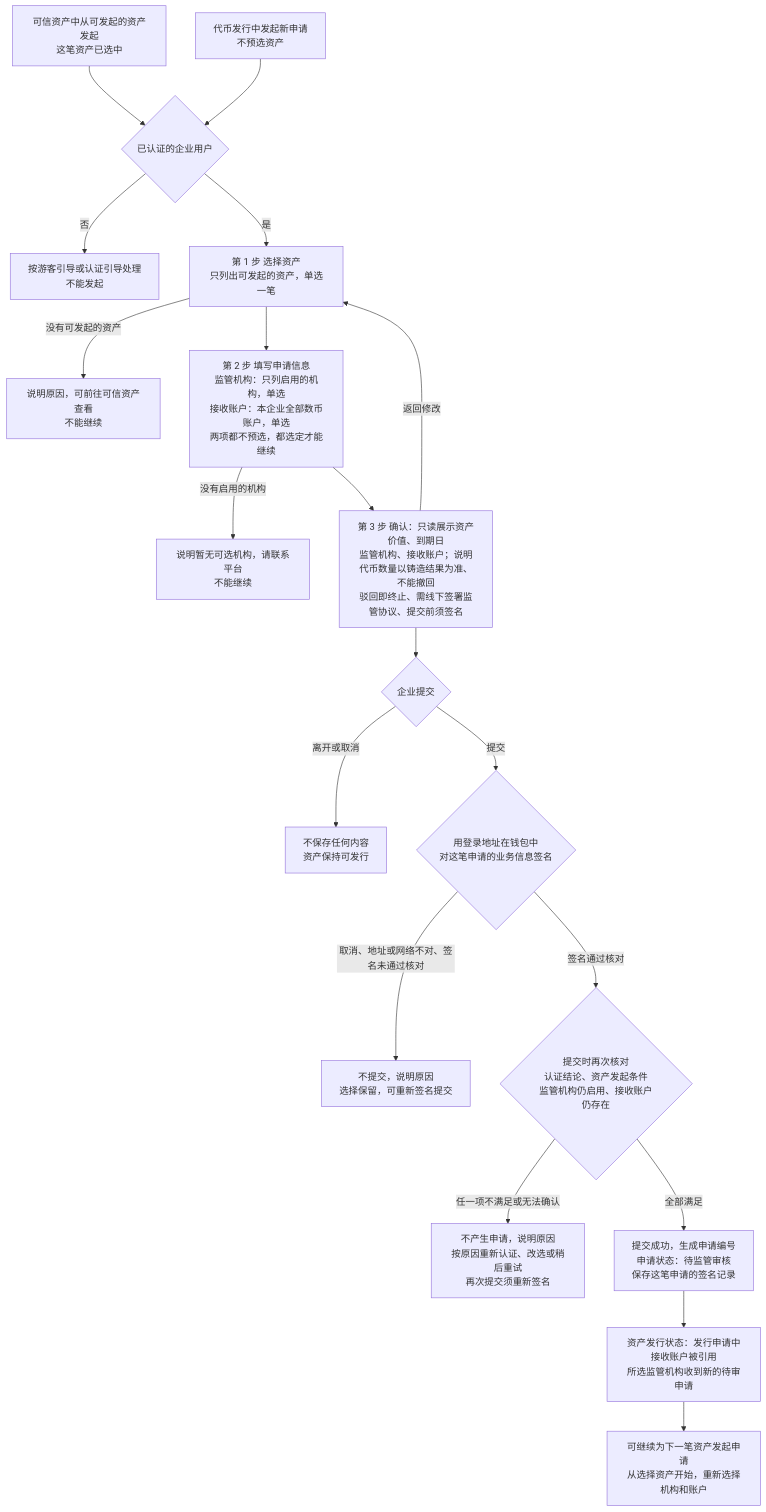
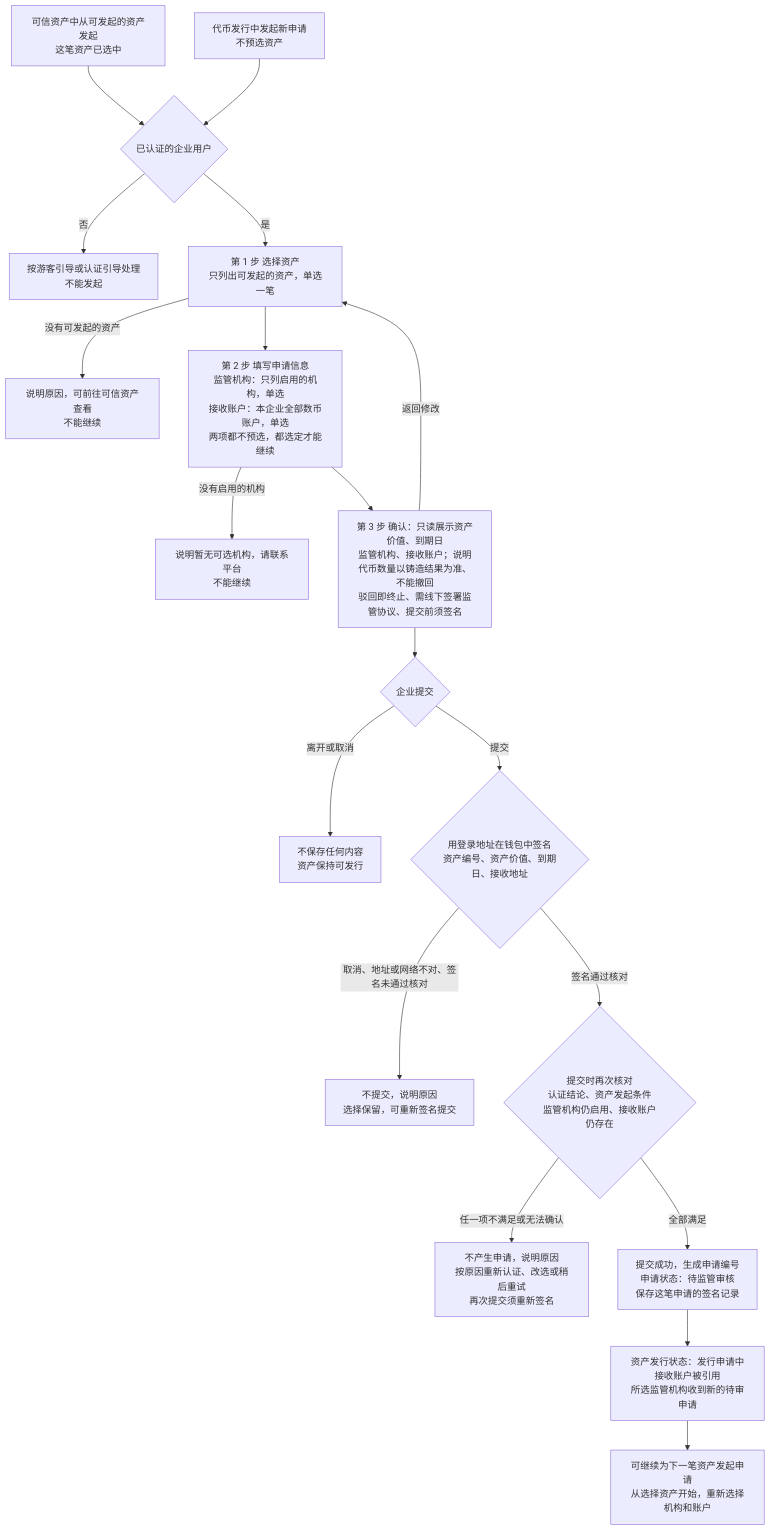
The first of 3 diagrams in token-issuance-platform/PRD/面客端/M3a-代币发行-企业申请/02-代币发行-企业申请-流程图与状态机.md (wxblockchain/Chain-Financing), drawn with Mermaid before and after one commit. The commit also changed 12 other files, not shown here.

````diff
--- a/token-issuance-platform/PRD/面客端/M3a-代币发行-企业申请/02-代币发行-企业申请-流程图与状态机.md
+++ b/token-issuance-platform/PRD/面客端/M3a-代币发行-企业申请/02-代币发行-企业申请-流程图与状态机.md
@@ -16,22 +16,22 @@
 ```mermaid
 flowchart TD
     A1[可信资产中从可发起的资产发起<br/>这笔资产已选中] --> B
     A2[代币发行中发起新申请<br/>不预选资产] --> B
     B{已认证的企业用户}
     B -->|否| B1[按游客引导或认证引导处理<br/>不能发起]
     B -->|是| C[第 1 步 选择资产<br/>只列出可发起的资产，单选一笔]
     C -->|没有可发起的资产| C1[说明原因，可前往可信资产查看<br/>不能继续]
     C --> D[第 2 步 填写申请信息<br/>监管机构：只列启用的机构，单选<br/>接收账户：本企业全部数币账户，单选<br/>两项都不预选，都选定才能继续]
     D -->|没有启用的机构| D1[说明暂无可选机构，请联系平台<br/>不能继续]
     D --> F[第 3 步 确认：只读展示资产价值、到期日<br/>监管机构、接收账户；说明代币数量以铸造结果为准、不能撤回<br/>驳回即终止、需线下签署监管协议、提交前须签名]
     F -->|返回修改| C
     F --> G{企业提交}
     G -->|离开或取消| G1[不保存任何内容<br/>资产保持可发行]
-    G -->|提交| S{用登录地址在钱包中<br/>对这笔申请的业务信息签名}
+    G -->|提交| S{用登录地址在钱包中签名<br/>资产编号、资产价值、到期日、接收地址}
     S -->|取消、地址或网络不对、签名未通过核对| S1[不提交，说明原因<br/>选择保留，可重新签名提交]
     S -->|签名通过核对| H{提交时再次核对<br/>认证结论、资产发起条件<br/>监管机构仍启用、接收账户仍存在}
     H -->|任一项不满足或无法确认| H1[不产生申请，说明原因<br/>按原因重新认证、改选或稍后重试<br/>再次提交须重新签名]
     H -->|全部满足| I[提交成功，生成申请编号<br/>申请状态：待监管审核<br/>保存这笔申请的签名记录]
     I --> J[资产发行状态：发行申请中<br/>接收账户被引用<br/>所选监管机构收到新的待审申请]
     J --> K[可继续为下一笔资产发起申请<br/>从选择资产开始，重新选择机构和账户]
 ```
````
